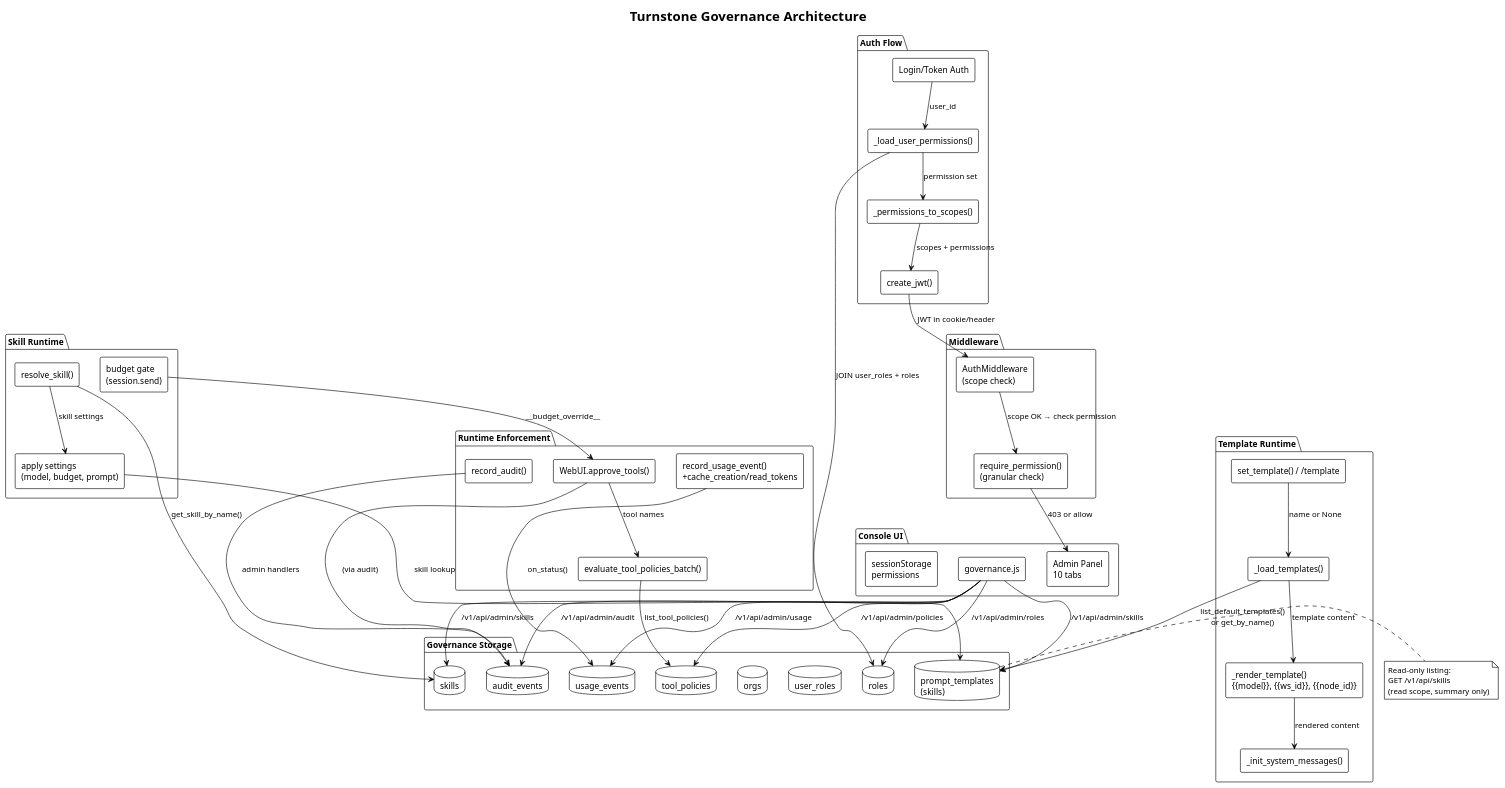
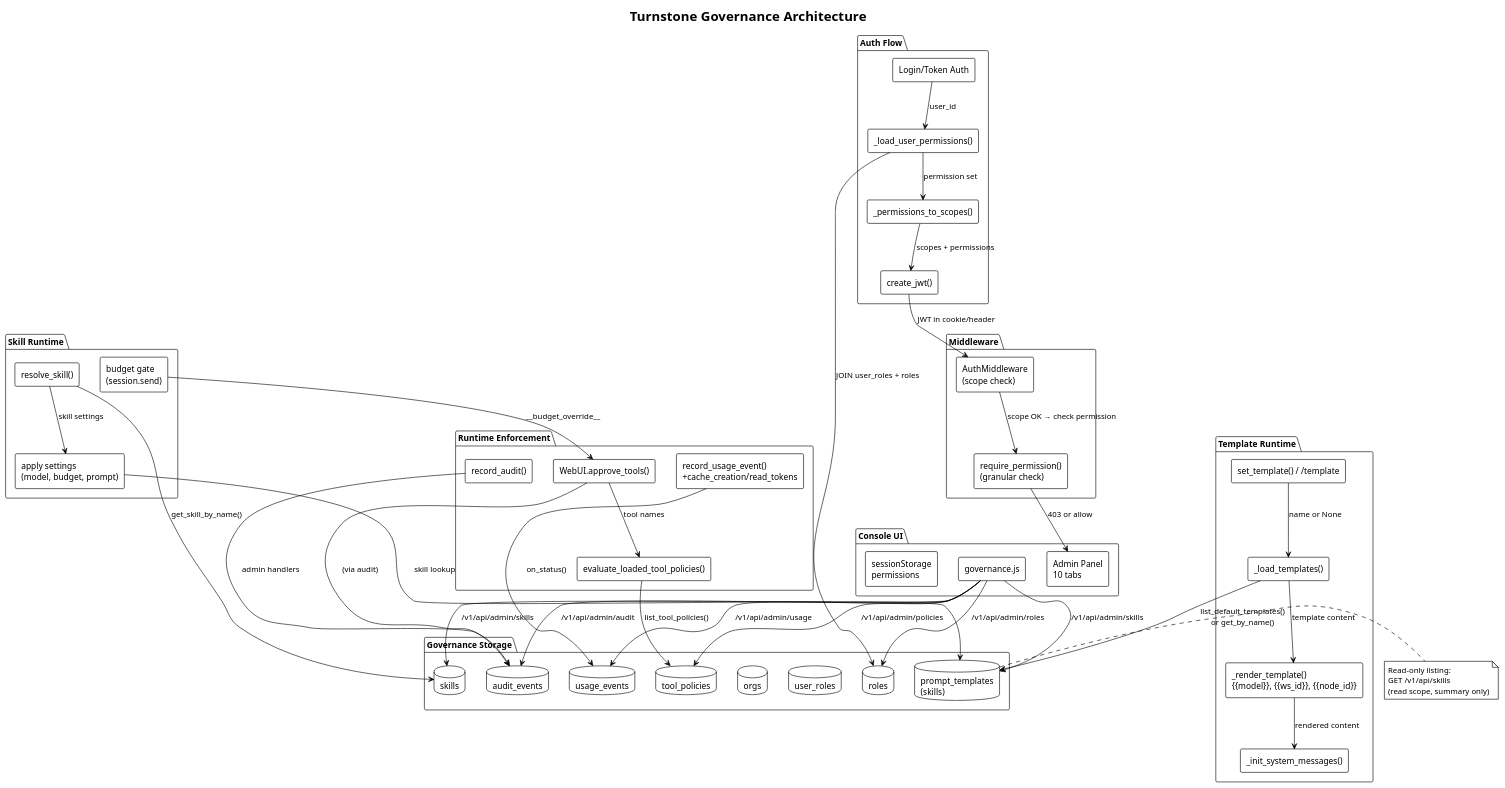
The diagram in docs/diagrams/19-governance-architecture.puml (turnstonelabs/turnstone), drawn with PlantUML before and after one commit. The commit also changed 153 other files, not shown here.

```diff
--- a/docs/diagrams/19-governance-architecture.puml
+++ b/docs/diagrams/19-governance-architecture.puml
@@ -1,100 +1,100 @@
 @startuml
 !theme plain
 skinparam backgroundColor #FFFFFF
 skinparam defaultFontName "IBM Plex Mono"
 skinparam componentStyle rectangle
 
 title Turnstone Governance Architecture
 
 package "Auth Flow" {
   [Login/Token Auth] as auth
   [_load_user_permissions()] as perms
   [_permissions_to_scopes()] as scopes
   [create_jwt()] as jwt
 }
 
 package "Middleware" {
   [AuthMiddleware\n(scope check)] as mw
   [require_permission()\n(granular check)] as rp
 }
 
 package "Governance Storage" {
   database "roles" as roles_db
   database "user_roles" as ur_db
   database "orgs" as orgs_db
   database "tool_policies" as tp_db
   database "prompt_templates\n(skills)" as pt_db
   database "usage_events" as ue_db
   database "audit_events" as ae_db
   database "skills" as wt_db
 }
 
 package "Runtime Enforcement" {
-  [evaluate_tool_policies_batch()] as eval
+  [evaluate_loaded_tool_policies()] as eval
   [WebUI.approve_tools()] as approve
   [record_usage_event()\n+cache_creation/read_tokens] as usage
   [record_audit()] as audit
 }
 
 package "Template Runtime" {
   [_load_templates()] as tload
   [_render_template()\n{{model}}, {{ws_id}}, {{node_id}}] as trender
   [_init_system_messages()] as tsys
   [set_template() / /template] as tset
 }
 
 package "Skill Runtime" {
   [resolve_skill()] as wtr
   [apply settings\n(model, budget, prompt)] as wta
   [budget gate\n(session.send)] as wtb
 }
 
 package "Console UI" {
   [Admin Panel\n10 tabs] as ui
   [governance.js] as govjs
   [sessionStorage\npermissions] as ss
 }
 
 auth --> perms : user_id
 perms --> roles_db : JOIN user_roles + roles
 perms --> scopes : permission set
 scopes --> jwt : scopes + permissions
 
 jwt --> mw : JWT in cookie/header
 mw --> rp : scope OK → check permission
 
 rp --> ui : 403 or allow
 
 eval --> tp_db : list_tool_policies()
 approve --> eval : tool names
 approve --> ae_db : (via audit)
 
 usage --> ue_db : on_status()
 audit --> ae_db : admin handlers
 
 govjs --> roles_db : /v1/api/admin/roles
 govjs --> tp_db : /v1/api/admin/policies
 govjs --> pt_db : /v1/api/admin/skills
 govjs --> ue_db : /v1/api/admin/usage
 govjs --> ae_db : /v1/api/admin/audit
 
 tload --> pt_db : list_default_templates()\nor get_by_name()
 tload --> trender : template content
 trender --> tsys : rendered content
 tset --> tload : name or None
 
 note right of pt_db
   Read-only listing:
   GET /v1/api/skills
   (read scope, summary only)
 end note
 
 govjs --> wt_db : /v1/api/admin/skills
 wtr --> wt_db : get_skill_by_name()
 wtr --> wta : skill settings
 wta --> pt_db : skill lookup
 wtb --> approve : __budget_override__
 
 auth -[hidden]-> mw
 mw -[hidden]-> approve
 @enduml
```
